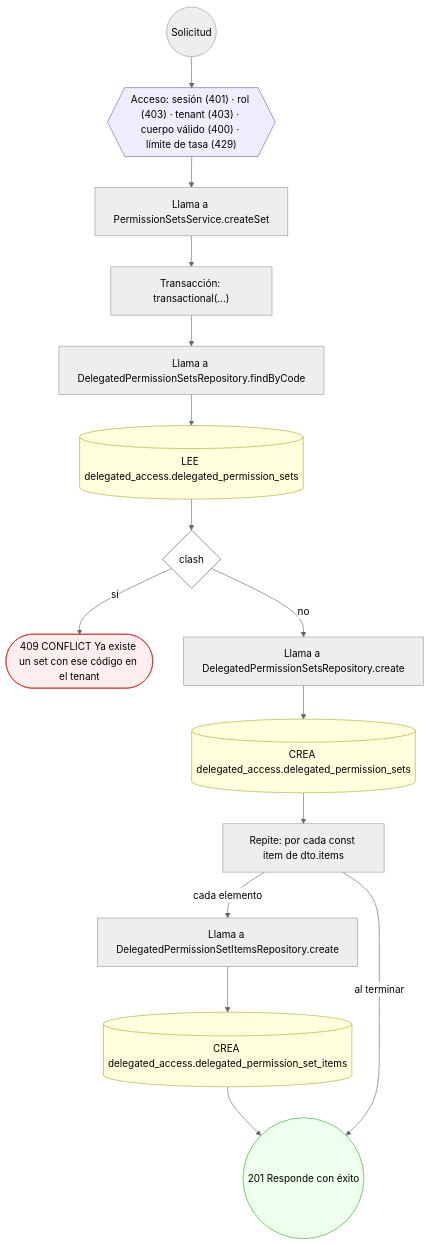
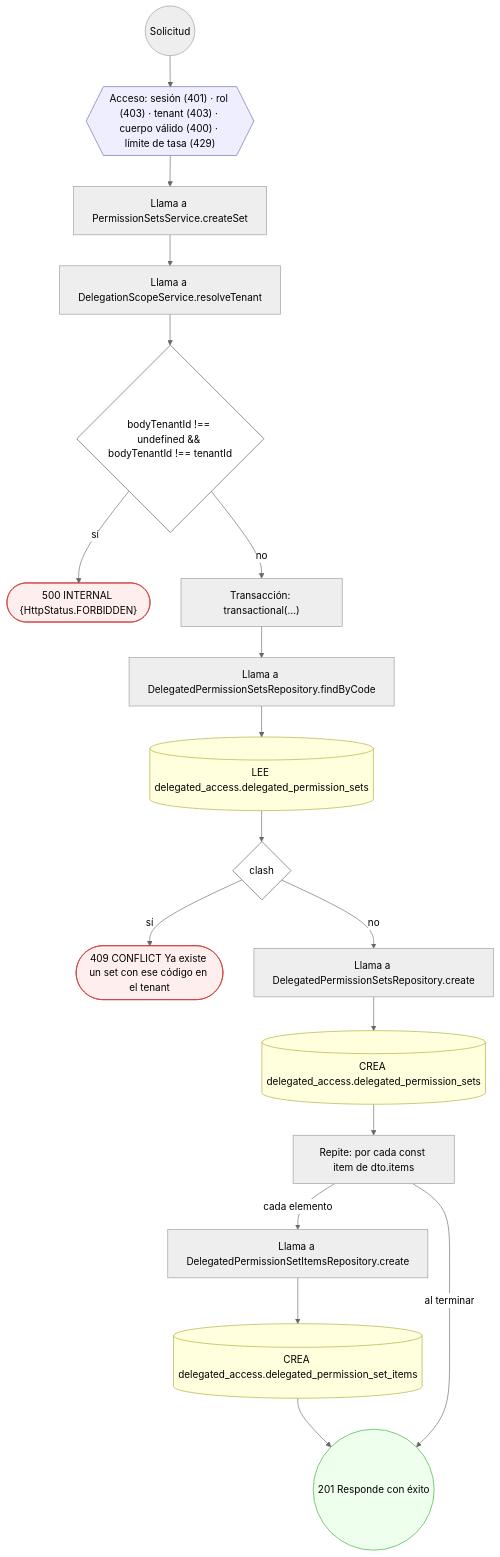
The fifth of 12 diagrams in docs/inventario/flujos/delegated_access.md (mdavila-2001/mantra-core-health-api), drawn with Mermaid (neutral theme) before and after one commit. The commit also changed other lines of this file and 438 other files, not shown here.

````diff
--- a/docs/inventario/flujos/delegated_access.md
+++ b/docs/inventario/flujos/delegated_access.md
@@ -367,37 +412,43 @@
 ```mermaid
 flowchart TD
   n1(("Solicitud")):::inicio
   n2{{"Acceso: sesión (401) · rol (403) · tenant (403) · cuerpo válido (400) · límite de tasa (429)"}}:::acceso
   n1 --> n2
   n3["Llama a PermissionSetsService.createSet"]:::llamada
   n2 --> n3
-  n4["Transacción: transactional(…)"]:::transaccion
+  n4["Llama a DelegationScopeService.resolveTenant"]:::llamada
   n3 --> n4
-  n5["Llama a DelegatedPermissionSetsRepository.findByCode"]:::llamada
+  n5{"bodyTenantId !== undefined && bodyTenantId !== tenantId"}:::decision
   n4 --> n5
-  n6[("LEE delegated_access.delegated_permission_sets")]:::efecto
-  n5 --> n6
-  n7{"clash"}:::decision
-  n6 --> n7
-  n8(["409 CONFLICT Ya existe un set con ese código en el tenant"]):::error
-  n7 -->|"sí"| n8
-  n9["Llama a DelegatedPermissionSetsRepository.create"]:::llamada
-  n7 -->|"no"| n9
-  n10[("CREA delegated_access.delegated_permission_sets")]:::efecto
+  n6(["500 INTERNAL {HttpStatus.FORBIDDEN}"]):::error
+  n5 -->|"sí"| n6
+  n7["Transacción: transactional(…)"]:::transaccion
+  n5 -->|"no"| n7
+  n8["Llama a DelegatedPermissionSetsRepository.findByCode"]:::llamada
+  n7 --> n8
+  n9[("LEE delegated_access.delegated_permission_sets")]:::efecto
+  n8 --> n9
+  n10{"clash"}:::decision
   n9 --> n10
-  n11["Repite: por cada const item de dto.items"]:::bucle
-  n10 --> n11
-  n12["Llama a DelegatedPermissionSetItemsRepository.create"]:::llamada
-  n11 -->|"cada elemento"| n12
-  n13[("CREA delegated_access.delegated_permission_set_items")]:::efecto
+  n11(["409 CONFLICT Ya existe un set con ese código en el tenant"]):::error
+  n10 -->|"sí"| n11
+  n12["Llama a DelegatedPermissionSetsRepository.create"]:::llamada
+  n10 -->|"no"| n12
+  n13[("CREA delegated_access.delegated_permission_sets")]:::efecto
   n12 --> n13
-  n14(("201 Responde con éxito")):::ok
+  n14["Repite: por cada const item de dto.items"]:::bucle
   n13 --> n14
-  n11 -->|"al terminar"| n14
+  n15["Llama a DelegatedPermissionSetItemsRepository.create"]:::llamada
+  n14 -->|"cada elemento"| n15
+  n16[("CREA delegated_access.delegated_permission_set_items")]:::efecto
+  n15 --> n16
+  n17(("201 Responde con éxito")):::ok
+  n16 --> n17
+  n14 -->|"al terminar"| n17
   classDef acceso fill:#eef,stroke:#66a
   classDef error fill:#fee,stroke:#c33
   classDef ok fill:#efe,stroke:#3a3
   classDef efecto fill:#ffd,stroke:#aa3
   classDef decision fill:#fff,stroke:#555
   classDef corte fill:#eee,stroke:#999,stroke-dasharray: 4
 ```
````
